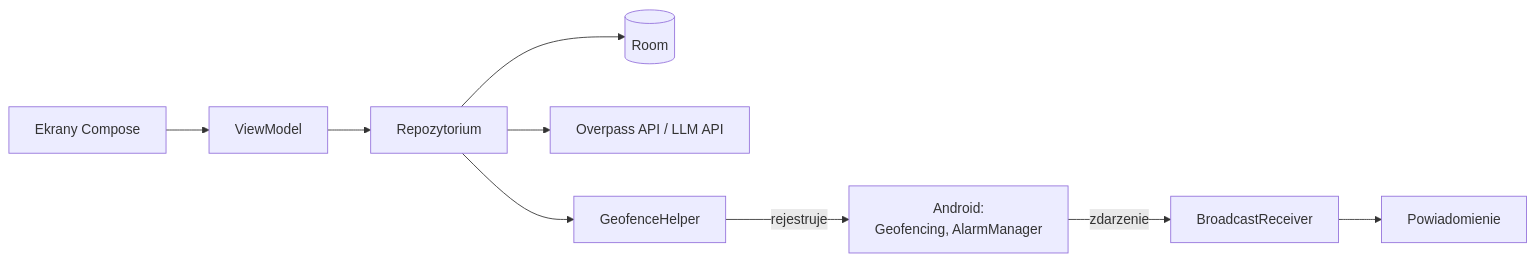
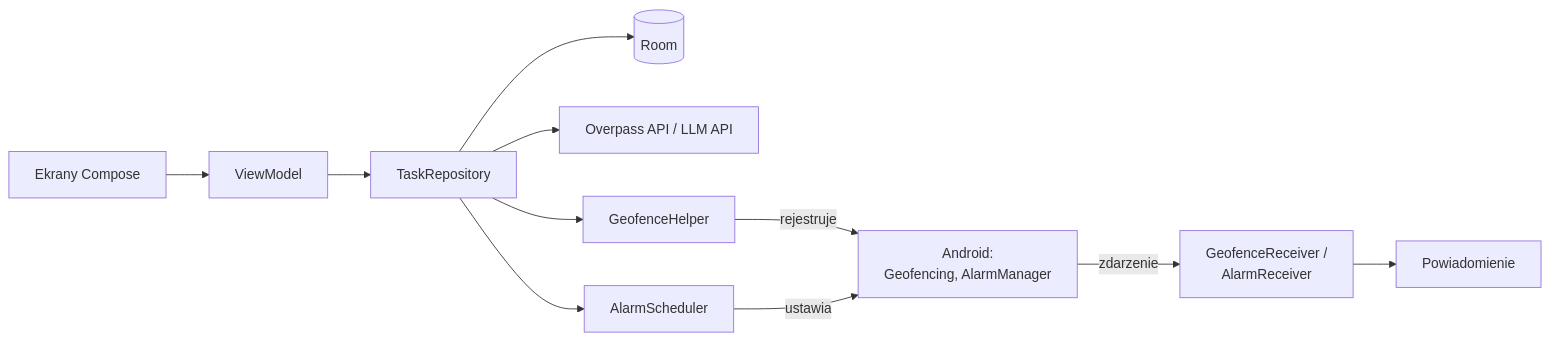
One commit to AdamJaworski/AGH_Aplikacje_mobline changed the diagram in docs/HLD.md. Above: the diagram before and after it, drawn with Mermaid. The commit also changed other lines of this file and 1 other file, not shown here.

Commit message:
Split HLD into full and short versions, simplify architecture

````diff
--- a/docs/HLD.md
+++ b/docs/HLD.md
@@ -33,9 +63,11 @@
 ```mermaid
 flowchart LR
-    ui["Ekrany Compose"] --> vm["ViewModel"] --> repo["Repozytorium"]
+    ui["Ekrany Compose"] --> vm["ViewModel"] --> repo["TaskRepository"]
     repo --> db[("Room")]
     repo --> api["Overpass API / LLM API"]
     repo --> geo["GeofenceHelper"]
+    repo --> alarm["AlarmScheduler"]
     geo -- "rejestruje" --> os["Android:<br/>Geofencing, AlarmManager"]
-    os -- "zdarzenie" --> rcv["BroadcastReceiver"] --> notif["Powiadomienie"]
+    alarm -- "ustawia" --> os
+    os -- "zdarzenie" --> rcv["GeofenceReceiver /<br/>AlarmReceiver"] --> notif["Powiadomienie"]
 ```
````
